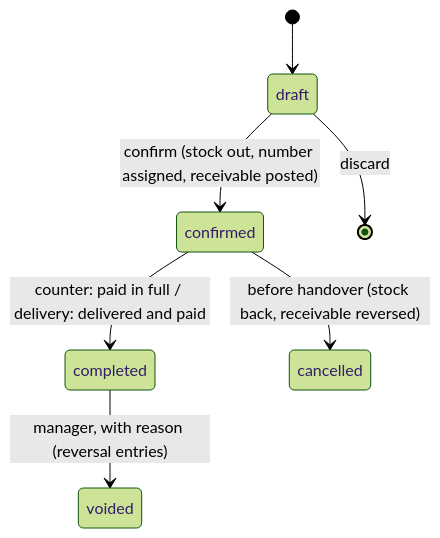
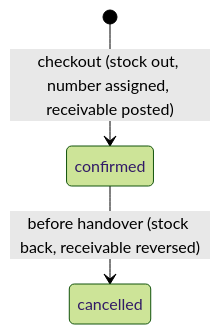
Before and after one commit to DinaHnamte/jehova-jire-retail-management-system: the third of 4 diagrams in Architecture.md, drawn with Mermaid (forest theme). The commit also changed other lines of this file and 2 other files, not shown here.

````diff
--- a/Architecture.md
+++ b/Architecture.md
@@ -445,9 +449,5 @@
 ```mermaid
 stateDiagram-v2
-    [*] --> draft
-    draft --> confirmed: confirm (stock out, number assigned, receivable posted)
-    draft --> [*]: discard
-    confirmed --> completed: counter: paid in full / delivery: delivered and paid
+    [*] --> confirmed: checkout (stock out, number assigned, receivable posted)
     confirmed --> cancelled: before handover (stock back, receivable reversed)
-    completed --> voided: manager, with reason (reversal entries)
 ```
````
